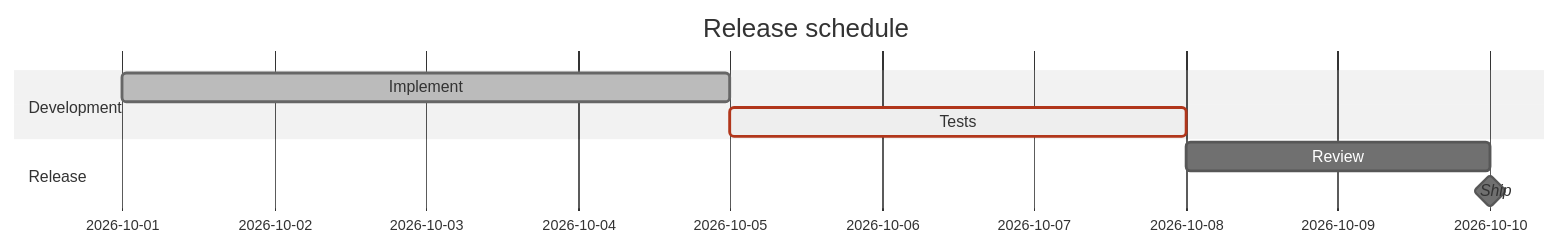
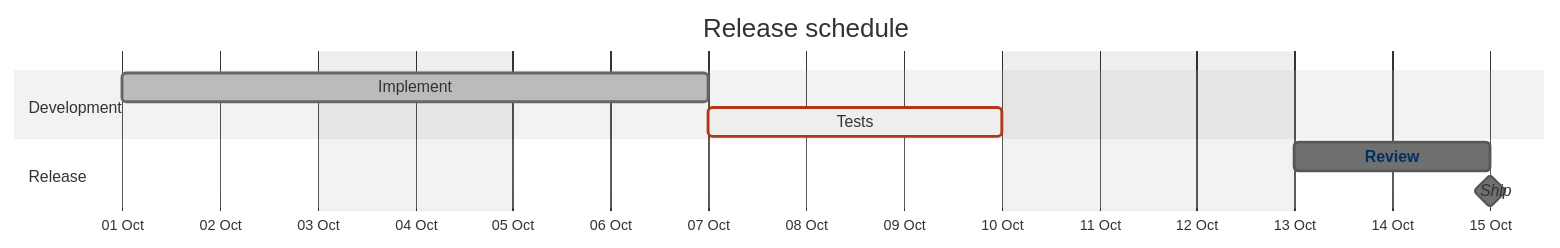
Before and after one commit to reardan/w: the diagram in examples/mermaid/gantt.mmd, drawn with Mermaid (neutral theme). The commit also changed 9 other files, not shown here.

First line of the commit message:
mermaid: Gantt calendars, ZenUML creation/try/annotations, sequence links, timeline breaks

```diff
--- a/examples/mermaid/gantt.mmd
+++ b/examples/mermaid/gantt.mmd
@@ -1,9 +1,13 @@
 gantt
 title Release schedule
 dateFormat YYYY-MM-DD
+axisFormat %d %b
+excludes weekends 2026-10-12
+todayMarker 2026-10-08
 section Development
 Implement :done, code, 2026-10-01, 4d
 Tests :active, crit, tests, after code, 3d
 section Release
 Review :review, after tests, 2d
 Ship :milestone, ship, after review, 0d
+click review href "https://github.com/reardan/w/pulls"
```
